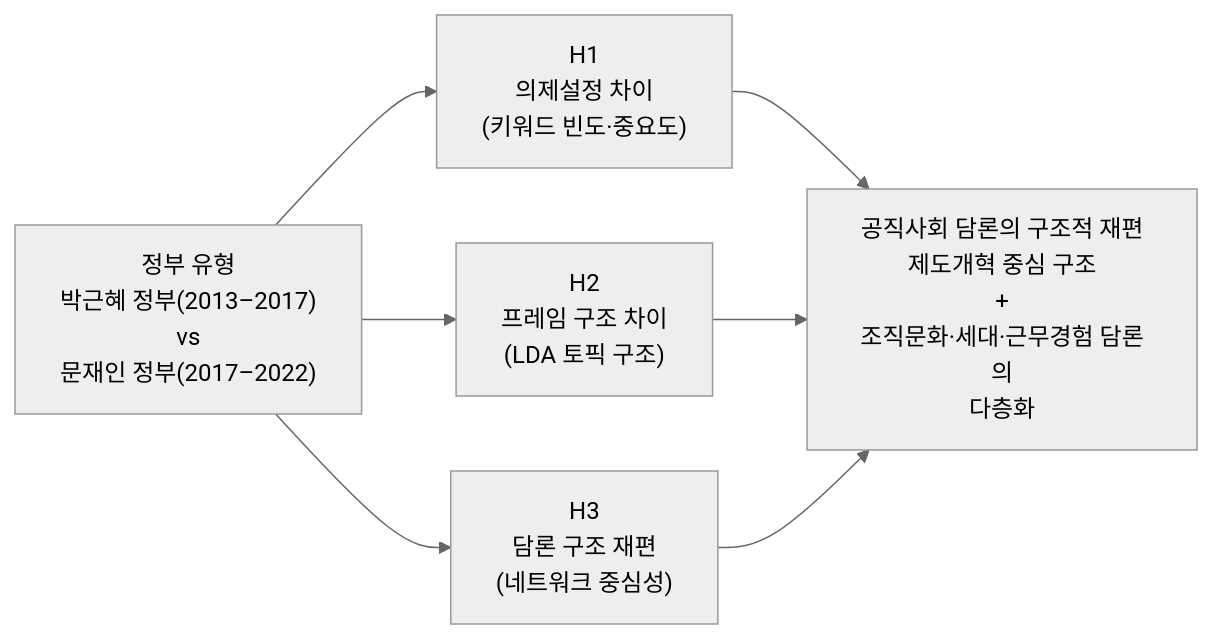
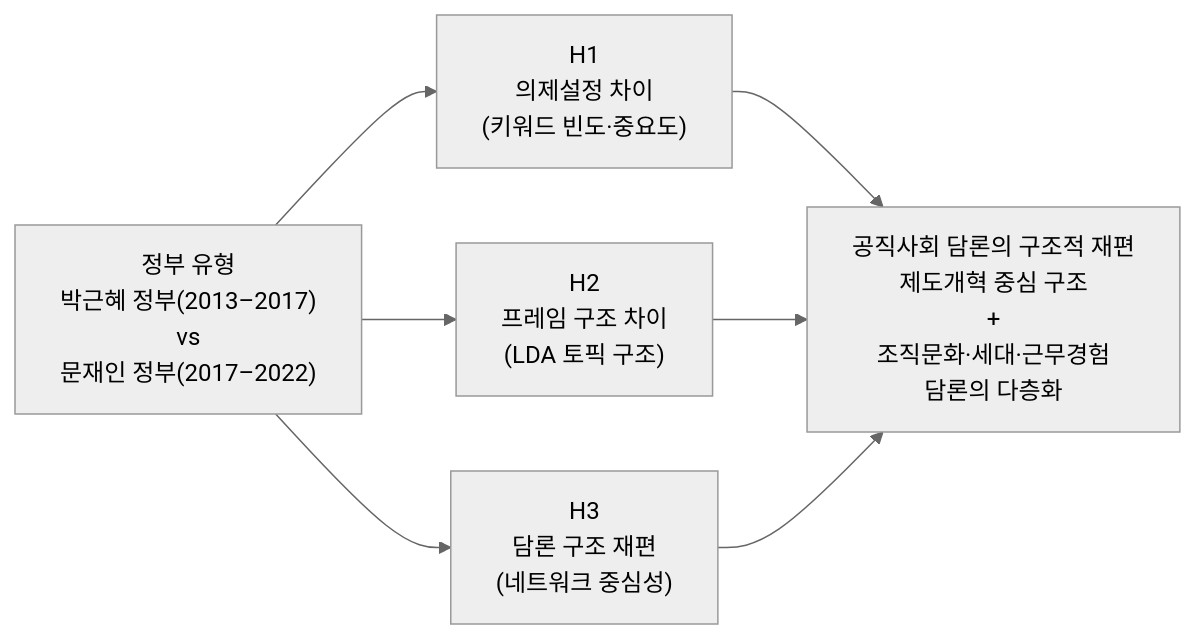
One commit to gayoung106/public_perception changed the first of 4 diagrams in README.md. Above: the diagram before and after it, drawn with Mermaid (neutral theme). The commit also changed other lines of this file, not shown here.

````diff
--- a/README.md
+++ b/README.md
@@ -40,19 +40,19 @@
 ```mermaid
 flowchart LR
     G["정부 유형<br>박근혜 정부(2013–2017)<br>vs<br>문재인 정부(2017–2022)"]
 
     H1["H1<br>의제설정 차이<br>(키워드 빈도·중요도)"]
     H2["H2<br>프레임 구조 차이<br>(LDA 토픽 구조)"]
     H3["H3<br>담론 구조 재편<br>(네트워크 중심성)"]
 
-    R["공직사회 담론의 구조적 재편<br>제도개혁 중심 구조<br>+<br>조직문화·세대·근무경험 담론의<br>다층화"]
+    R["공직사회 담론의 구조적 재편<br>제도개혁 중심 구조<br>+<br>조직문화·세대·근무경험<br> 담론의 다층화"]
 
     G --> H1
     G --> H2
     G --> H3
 
     H1 --> R
     H2 --> R
     H3 --> R
 
 ```
````
